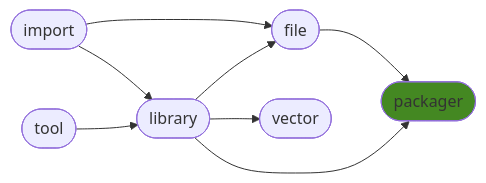
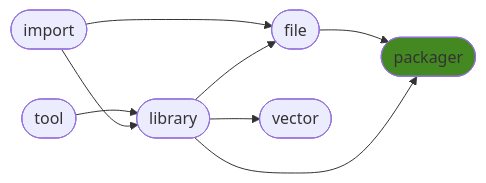
One commit to ManderaGeneral/generalpackager changed the diagram in README.md. Above: the diagram before and after it, drawn with Mermaid. The commit also changed other lines of this file, not shown here.

````diff
--- a/README.md
+++ b/README.md
@@ -24,17 +24,17 @@
 ```mermaid
 flowchart LR
+1([tool]) --> 2([library])
+2([library]) --> 4([vector])
 3([file]) --> 5([packager])
 0([import]) --> 3([file])
+0([import]) --> 2([library])
+2([library]) --> 5([packager])
 2([library]) --> 3([file])
-2([library]) --> 4([vector])
-2([library]) --> 5([packager])
-1([tool]) --> 2([library])
-0([import]) --> 2([library])
 click 0 "https://github.com/ManderaGeneral/generalimport"
 click 1 "https://github.com/ManderaGeneral/generaltool"
 click 2 "https://github.com/ManderaGeneral/generallibrary"
 click 3 "https://github.com/ManderaGeneral/generalfile"
 click 4 "https://github.com/ManderaGeneral/generalvector"
 click 5 "https://github.com/ManderaGeneral/generalpackager"
 style 5 fill:#482
 ```
````
